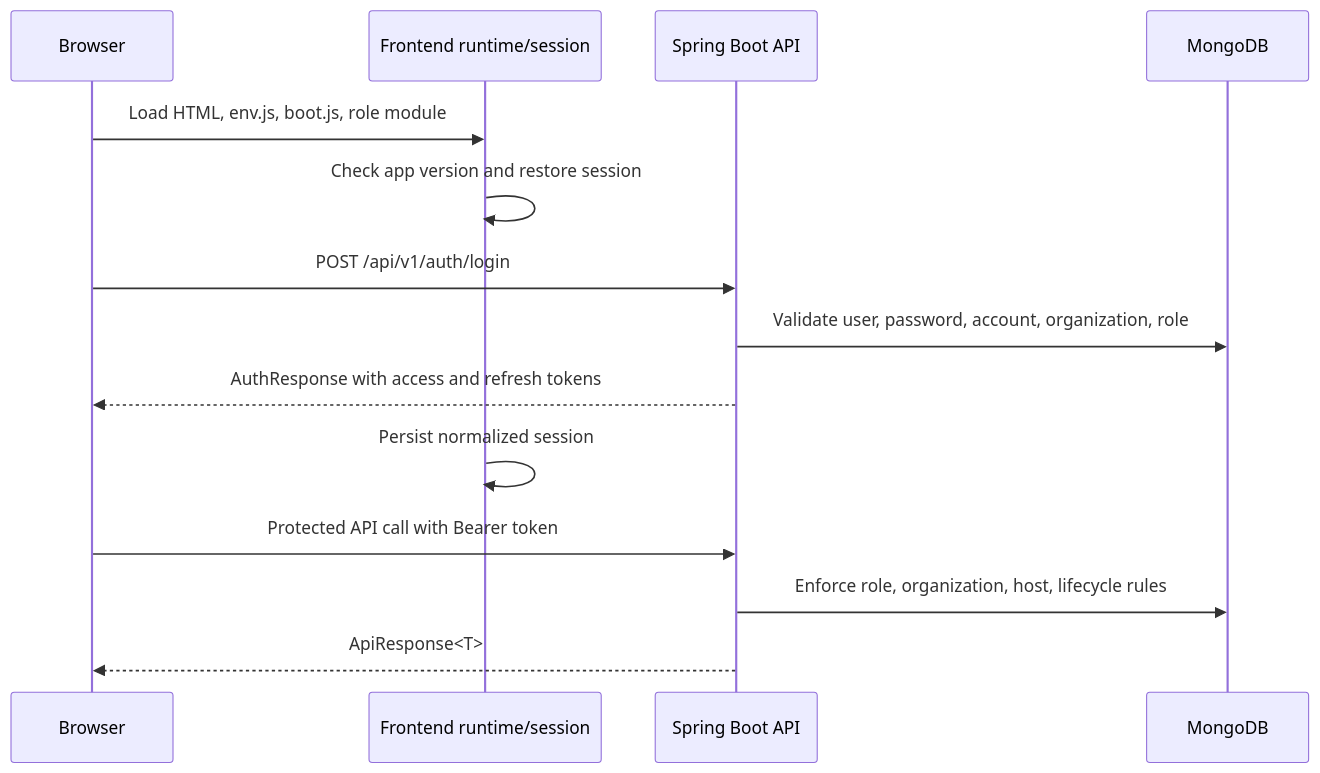
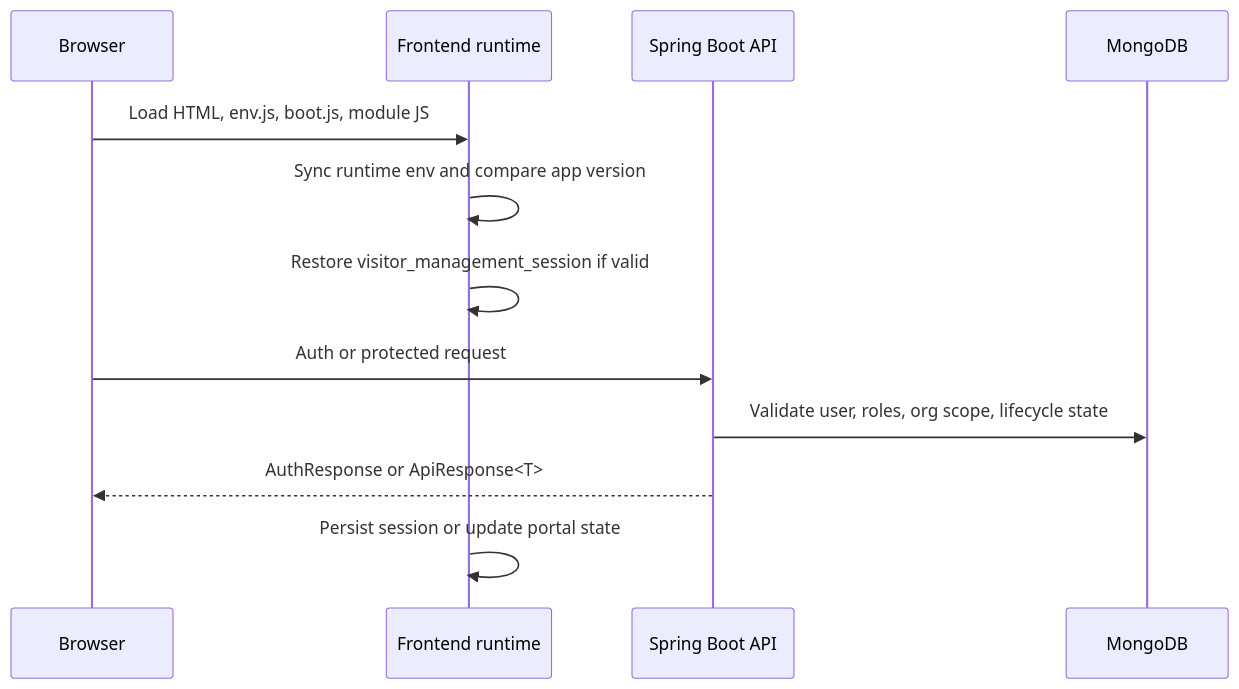
The second of 42 diagrams in PROJECT_OVERVIEW.md (digitaldodo/visitor-management-system), drawn with Mermaid before and after one commit. The commit also changed other lines of this file and 1 other file, not shown here.

Commit message:
docs: consolidate AccessFlow documentation

````diff
--- a/PROJECT_OVERVIEW.md
+++ b/PROJECT_OVERVIEW.md
@@ -94,17 +107,15 @@
 ```mermaid
 sequenceDiagram
     participant Browser
-    participant Runtime as Frontend runtime/session
+    participant Runtime as Frontend runtime
     participant API as Spring Boot API
     participant Mongo as MongoDB
 
-    Browser->>Runtime: Load HTML, env.js, boot.js, role module
-    Runtime->>Runtime: Check app version and restore session
-    Browser->>API: POST /api/v1/auth/login
-    API->>Mongo: Validate user, password, account, organization, role
-    API-->>Browser: AuthResponse with access and refresh tokens
-    Runtime->>Runtime: Persist normalized session
-    Browser->>API: Protected API call with Bearer token
-    API->>Mongo: Enforce role, organization, host, lifecycle rules
-    API-->>Browser: ApiResponse<T>
+    Browser->>Runtime: Load HTML, env.js, boot.js, module JS
+    Runtime->>Runtime: Sync runtime env and compare app version
+    Runtime->>Runtime: Restore visitor_management_session if valid
+    Browser->>API: Auth or protected request
+    API->>Mongo: Validate user, roles, org scope, lifecycle state
+    API-->>Browser: AuthResponse or ApiResponse<T>
+    Runtime->>Runtime: Persist session or update portal state
 ```
````
